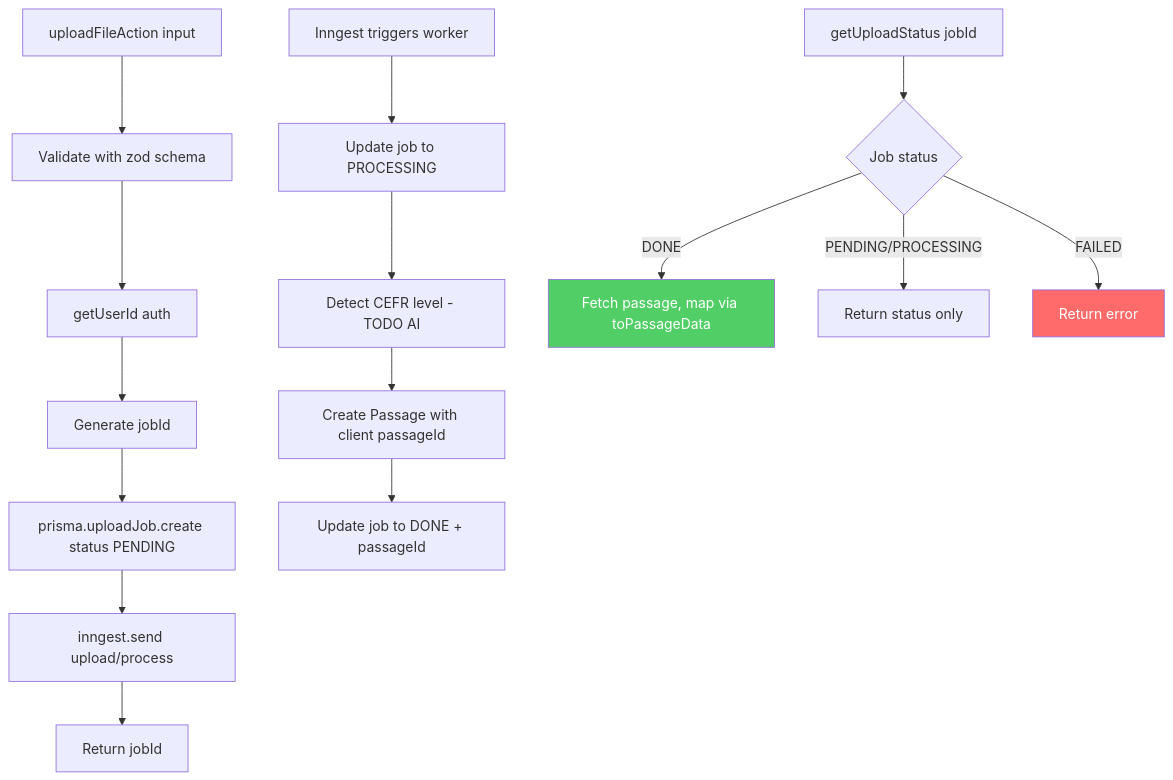
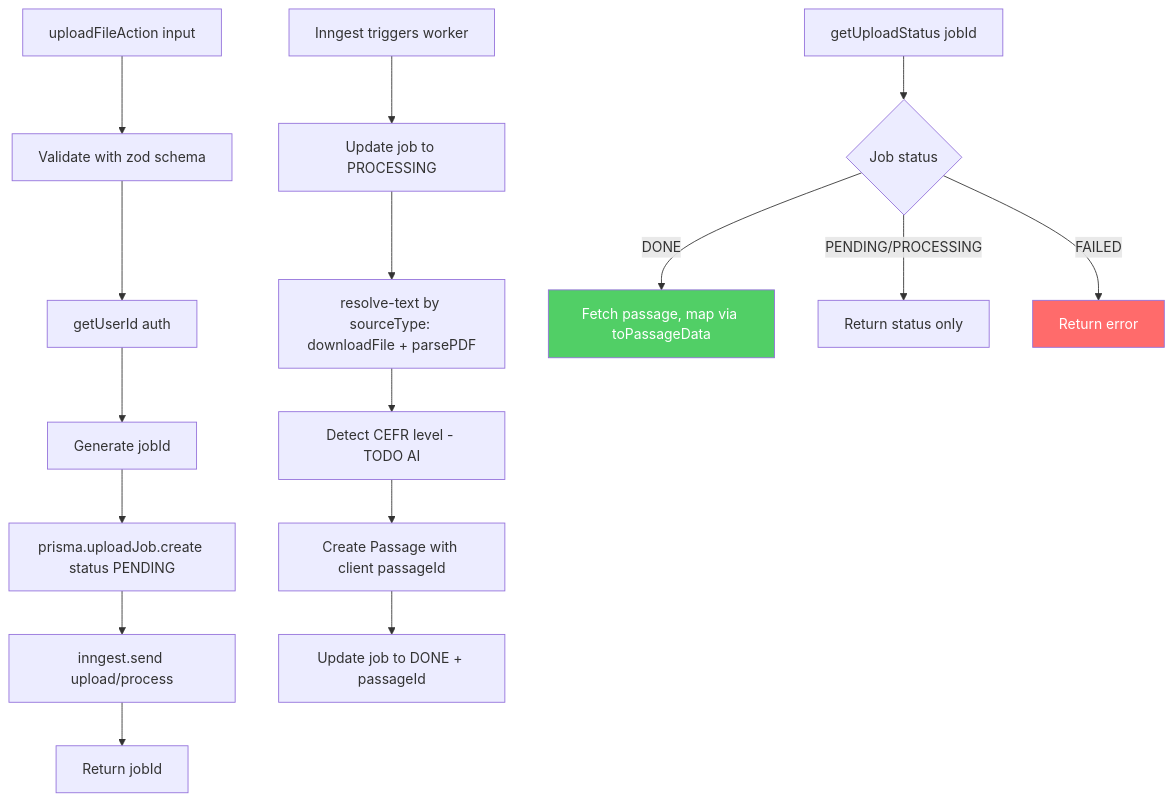
One commit to BoneTheDeveloper/ReadingPro changed the first of 4 diagrams in docs/Flow/upload/upload-data-flow.md. Above: the diagram before and after it, drawn with Mermaid. The commit also changed other lines of this file and 28 other files, not shown here.

````diff
--- a/docs/Flow/upload/upload-data-flow.md
+++ b/docs/Flow/upload/upload-data-flow.md
@@ -42,22 +60,23 @@
 ```mermaid
 flowchart TD
     A[uploadFileAction input] --> B[Validate with zod schema]
     B --> C[getUserId auth]
     C --> D[Generate jobId]
     D --> E[prisma.uploadJob.create status PENDING]
     E --> F[inngest.send upload/process]
     F --> G[Return jobId]
 
     H[Inngest triggers worker] --> I[Update job to PROCESSING]
-    I --> J[Detect CEFR level - TODO AI]
+    I --> R[resolve-text by sourceType: downloadFile + parsePDF]
+    R --> J[Detect CEFR level - TODO AI]
     J --> K[Create Passage with client passageId]
     K --> L[Update job to DONE + passageId]
 
     M[getUploadStatus jobId] --> N{Job status}
     N -->|DONE| O[Fetch passage, map via toPassageData]
     N -->|PENDING/PROCESSING| P[Return status only]
     N -->|FAILED| Q[Return error]
 
     style Q fill:#ff6b6b,color:#fff
     style O fill:#51cf66,color:#fff
 ```
````
